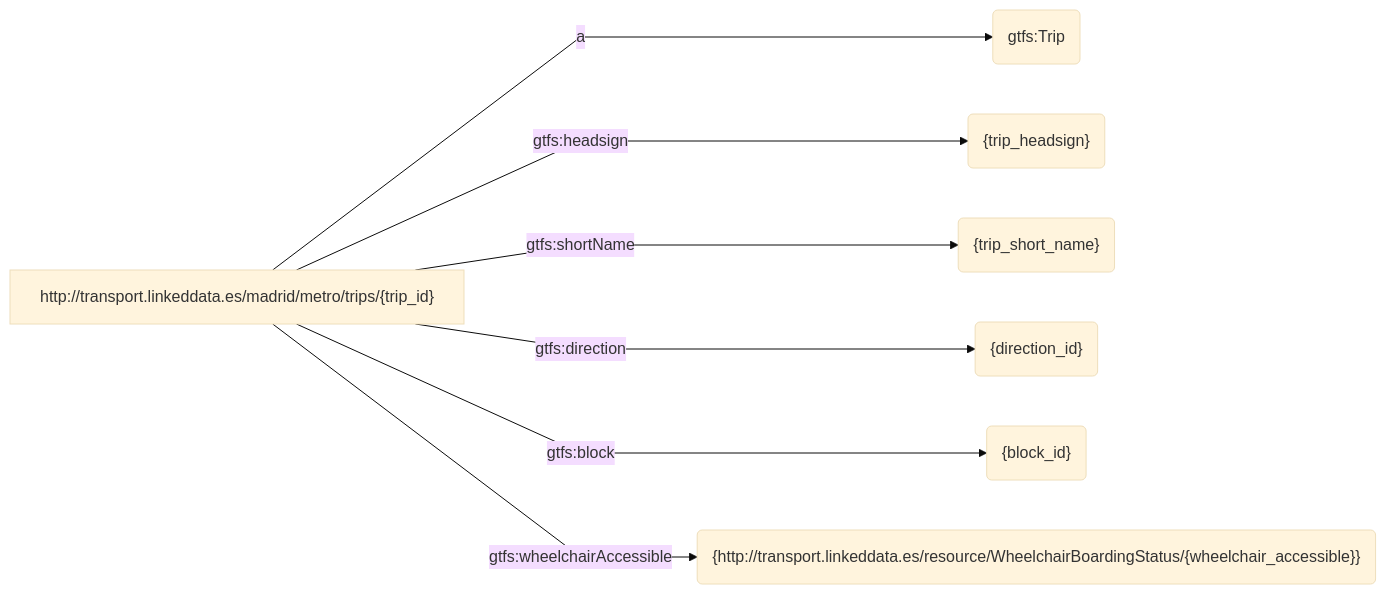
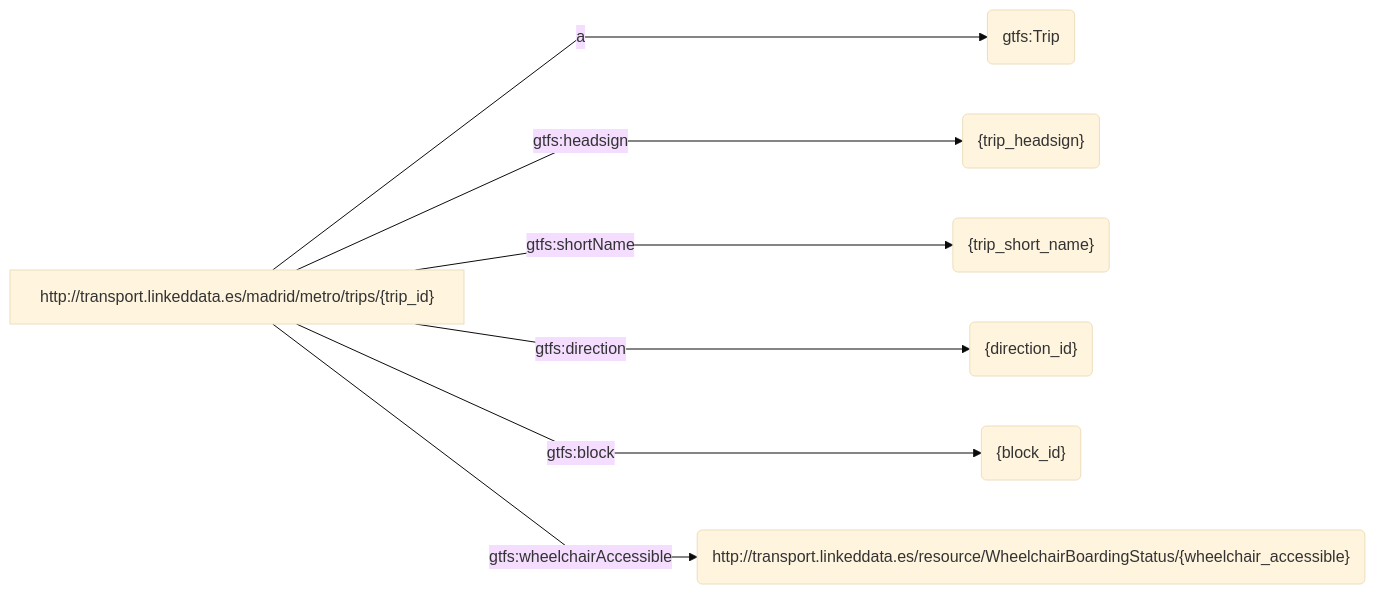
One commit to oeg-upm/rmldoc changed diagram 15 of 25 in example/example.md. Above: the diagram before and after it, drawn with Mermaid. The commit also changed other lines of this file, not shown here.

````diff
--- a/example/example.md
+++ b/example/example.md
@@ -109,11 +419,11 @@
 ```mermaid
 %%{ init : { "theme" : "base", "flowchart" : { "curve" : "linear" }}}%%
 flowchart LR
 S["http://transport.linkeddata.es/madrid/metro/trips/{trip_id}"] -->|"a"| object1("gtfs:Trip")
 S["http://transport.linkeddata.es/madrid/metro/trips/{trip_id}"] -->|"gtfs:headsign"| object2("{trip_headsign}")
 S["http://transport.linkeddata.es/madrid/metro/trips/{trip_id}"] -->|"gtfs:shortName"| object3("{trip_short_name}")
 S["http://transport.linkeddata.es/madrid/metro/trips/{trip_id}"] -->|"gtfs:direction"| object4("{direction_id}")
 S["http://transport.linkeddata.es/madrid/metro/trips/{trip_id}"] -->|"gtfs:block"| object5("{block_id}")
-S["http://transport.linkeddata.es/madrid/metro/trips/{trip_id}"] -->|"gtfs:wheelchairAccessible"| object6("{http://transport.linkeddata.es/resource/WheelchairBoardingStatus/{wheelchair_accessible}}")
+S["http://transport.linkeddata.es/madrid/metro/trips/{trip_id}"] -->|"gtfs:wheelchairAccessible"| object6("http://transport.linkeddata.es/resource/WheelchairBoardingStatus/{wheelchair_accessible}")
     
 ``` 
````
